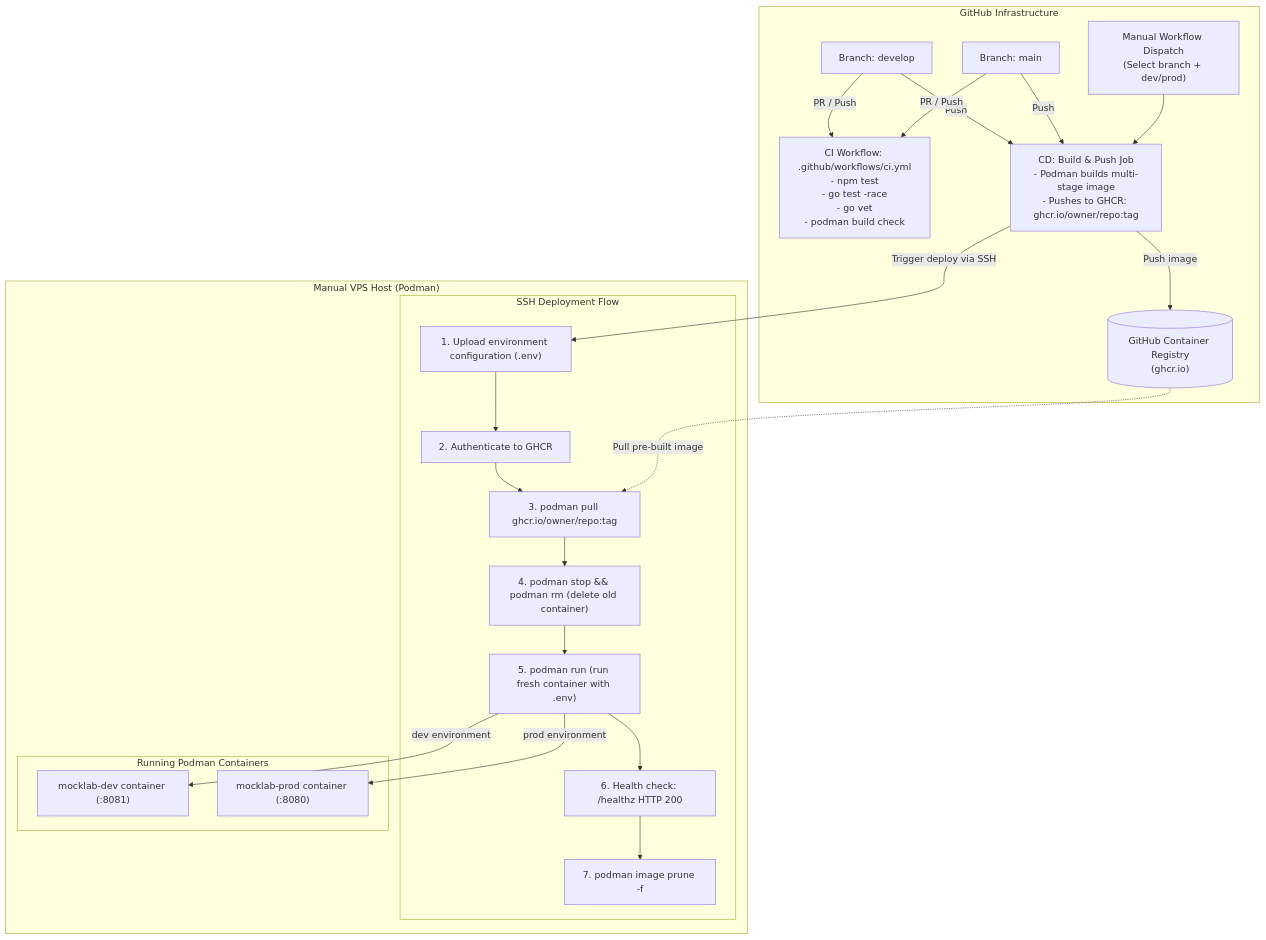
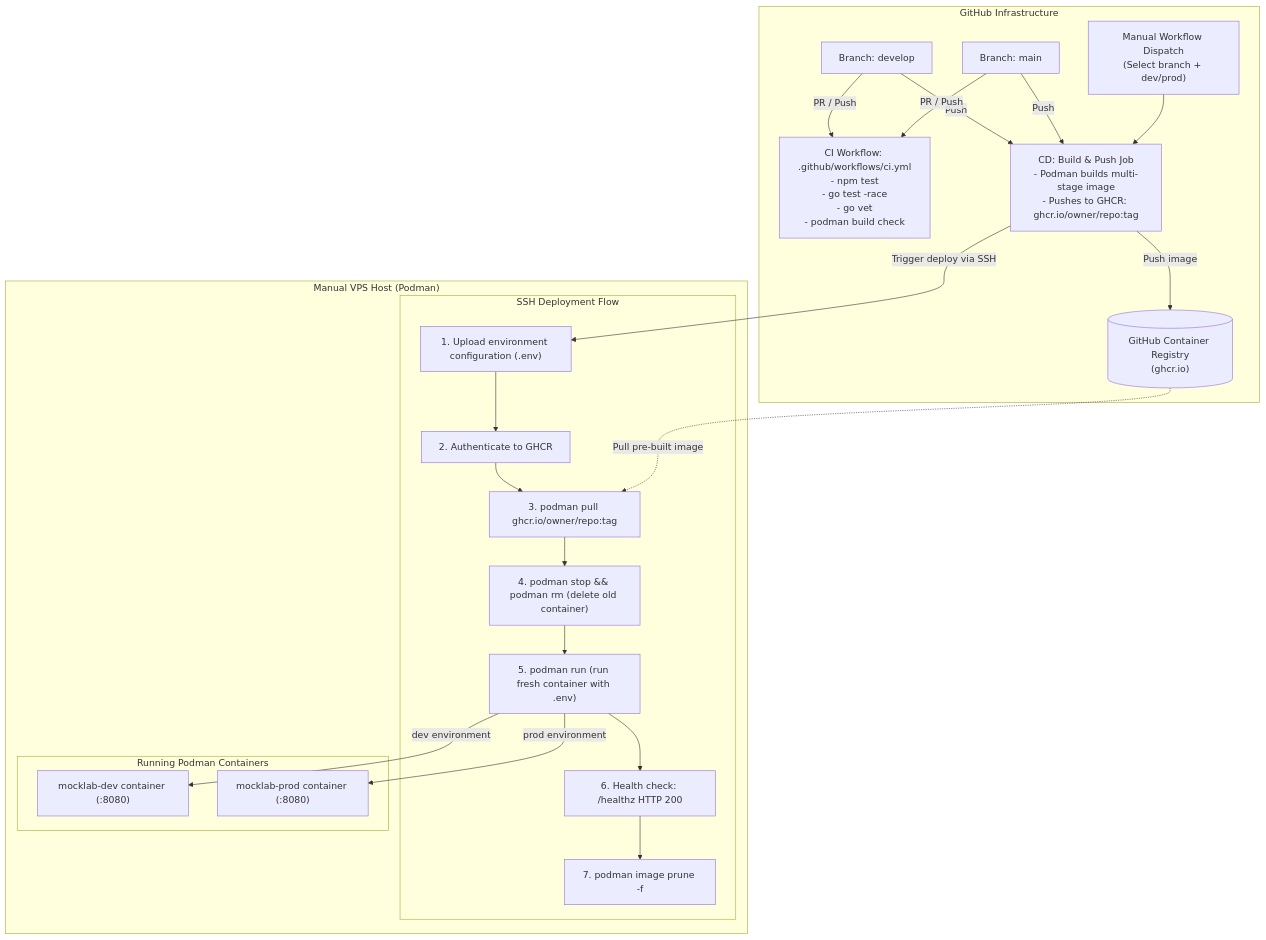
One commit to kal72/apimock changed the diagram in docs/CI_CD.md. Above: the diagram before and after it, drawn with Mermaid. The commit also changed other lines of this file and 3 other files, not shown here.

````diff
--- a/docs/CI_CD.md
+++ b/docs/CI_CD.md
@@ -7,41 +7,41 @@
 ```mermaid
 flowchart TD
     subgraph GitHub ["GitHub Infrastructure"]
         DevBranch["Branch: develop"]
         MainBranch["Branch: main"]
         ManualDispatch["Manual Workflow Dispatch\n(Select branch + dev/prod)"]
         CIWorkflow["CI Workflow: .github/workflows/ci.yml\n- npm test\n- go test -race\n- go vet\n- podman build check"]
         BuildJob["CD: Build & Push Job\n- Podman builds multi-stage image\n- Pushes to GHCR: ghcr.io/owner/repo:tag"]
         GHCR[("GitHub Container Registry\n(ghcr.io)")]
     end
 
     subgraph VPS ["Manual VPS Host (Podman)"]
         subgraph DeployProcess ["SSH Deployment Flow"]
             UploadEnv["1. Upload environment configuration (.env)"]
             AuthGHCR["2. Authenticate to GHCR"]
             PullImage["3. podman pull ghcr.io/owner/repo:tag"]
             DeleteOld["4. podman stop && podman rm (delete old container)"]
             RunNew["5. podman run (run fresh container with .env)"]
             HealthCheck["6. Health check: /healthz HTTP 200"]
             Prune["7. podman image prune -f"]
         end
 
         subgraph Containers ["Running Podman Containers"]
-            DevApp["mocklab-dev container (:8081)"]
+            DevApp["mocklab-dev container (:8080)"]
             ProdApp["mocklab-prod container (:8080)"]
         end
     end
 
     DevBranch -->|Push| BuildJob
     MainBranch -->|Push| BuildJob
     ManualDispatch --> BuildJob
     DevBranch -->|PR / Push| CIWorkflow
     MainBranch -->|PR / Push| CIWorkflow
 
     BuildJob -->|Push image| GHCR
     BuildJob -->|Trigger deploy via SSH| UploadEnv
     UploadEnv --> AuthGHCR --> PullImage --> DeleteOld --> RunNew --> HealthCheck --> Prune
     RunNew -->|dev environment| DevApp
     RunNew -->|prod environment| ProdApp
     GHCR -.->|Pull pre-built image| PullImage
 ```
````
